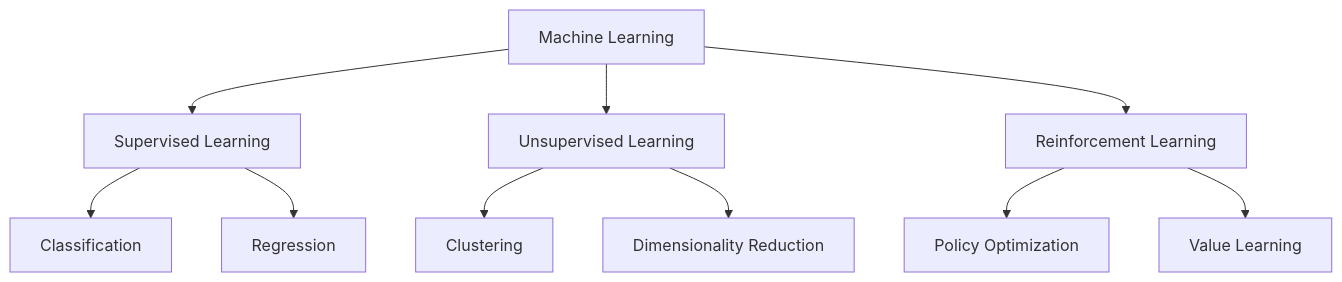
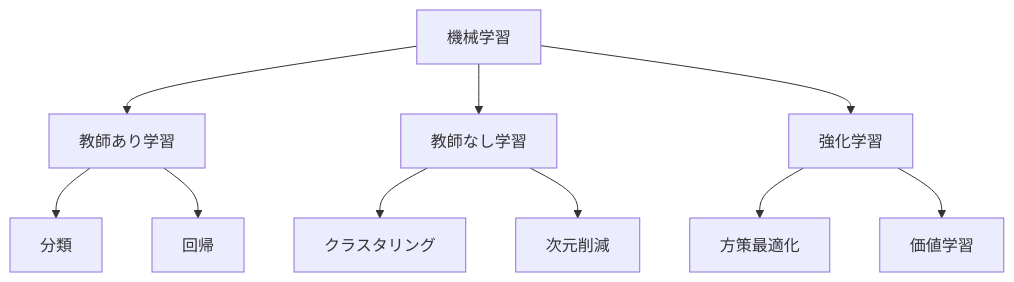
Before and after one commit to rohitg00/ai-engineering-from-scratch: the second of 6 diagrams in phases/02-ml-fundamentals/01-what-is-machine-learning/docs/en.md, drawn with Mermaid. The commit also changed other lines of this file and 1935 other files, not shown here.

````diff
--- a/phases/02-ml-fundamentals/01-what-is-machine-learning/docs/en.md
+++ b/phases/02-ml-fundamentals/01-what-is-machine-learning/docs/en.md
@@ -56,15 +56,15 @@
 ```mermaid
 flowchart TD
-    ML[Machine Learning] --> SL[Supervised Learning]
-    ML --> UL[Unsupervised Learning]
-    ML --> RL[Reinforcement Learning]
+    ML[機械学習] --> SL[教師あり学習]
+    ML --> UL[教師なし学習]
+    ML --> RL[強化学習]
 
-    SL --> C[Classification]
-    SL --> R[Regression]
+    SL --> C[分類]
+    SL --> R[回帰]
 
-    UL --> CL[Clustering]
-    UL --> DR[Dimensionality Reduction]
+    UL --> CL[クラスタリング]
+    UL --> DR[次元削減]
 
-    RL --> PO[Policy Optimization]
-    RL --> VL[Value Learning]
+    RL --> PO[方策最適化]
+    RL --> VL[価値学習]
 ```
````
